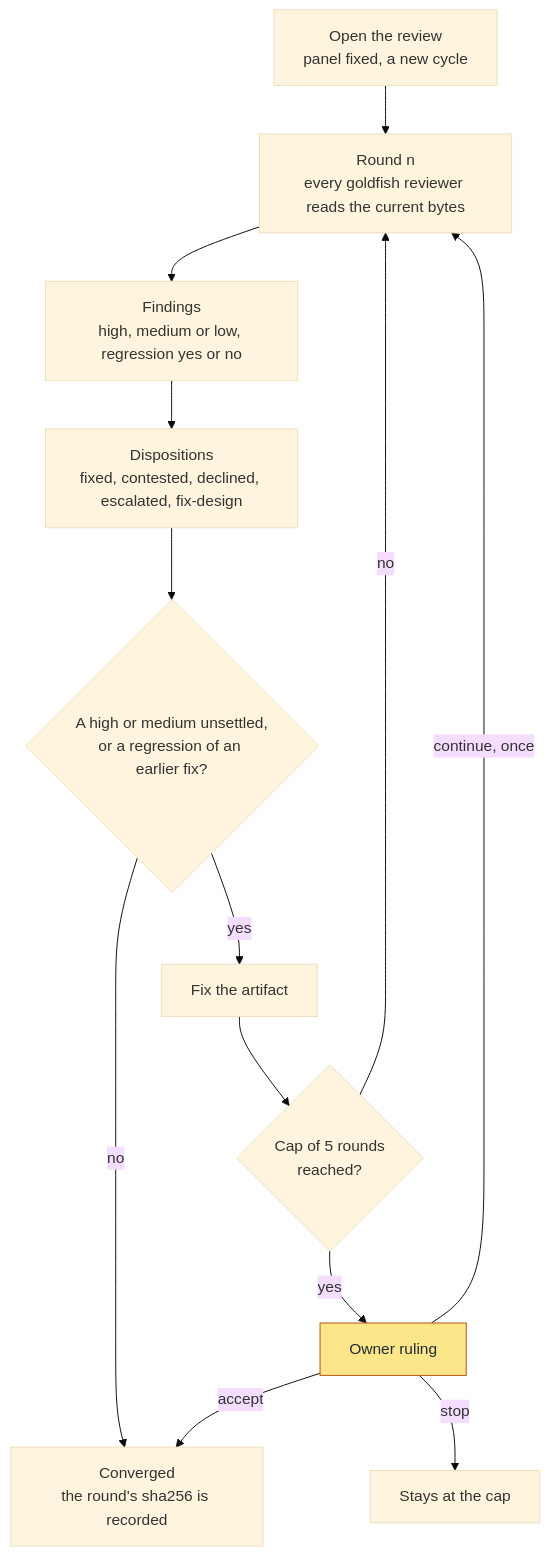
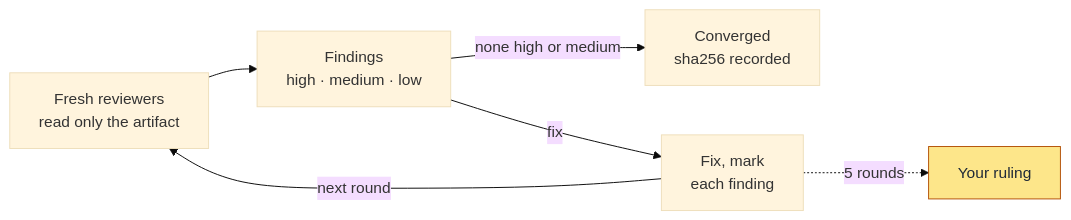
One commit to gsVAM/SuperEGM changed the second of 3 diagrams in README.md. Above: the diagram before and after it, drawn with Mermaid (base theme). The commit also changed other lines of this file, not shown here.

````diff
--- a/README.md
+++ b/README.md
@@ -173,17 +206,10 @@
 ```mermaid
-flowchart TD
-  O["Open the review<br/>panel fixed, a new cycle"] --> R["Round n<br/>every goldfish reviewer reads the current bytes"]
-  R --> F["Findings<br/>high, medium or low, regression yes or no"]
-  F --> D["Dispositions<br/>fixed, contested, declined, escalated, fix-design"]
-  D --> S{"A high or medium unsettled,<br/>or a regression of an earlier fix?"}
-  S -->|no| X["Converged<br/>the round's sha256 is recorded"]
-  S -->|yes| N["Fix the artifact"]
-  N --> C{"Cap of 5 rounds<br/>reached?"}
-  C -->|no| R
-  C -->|yes| RU["Owner ruling"]
-  RU -->|continue, once| R
-  RU -->|accept| X
-  RU -->|stop| ST["Stays at the cap"]
+flowchart LR
+  R["Fresh reviewers<br/>read only the artifact"] --> F["Findings<br/>high · medium · low"]
+  F -->|none high or medium| X["Converged<br/>sha256 recorded"]
+  F -->|fix| N["Fix, mark<br/>each finding"]
+  N -->|next round| R
+  N -.->|5 rounds| RU["Your ruling"]
   classDef human fill:#fde68a,stroke:#b45309,color:#1f2937
   class RU human
 ```
````
